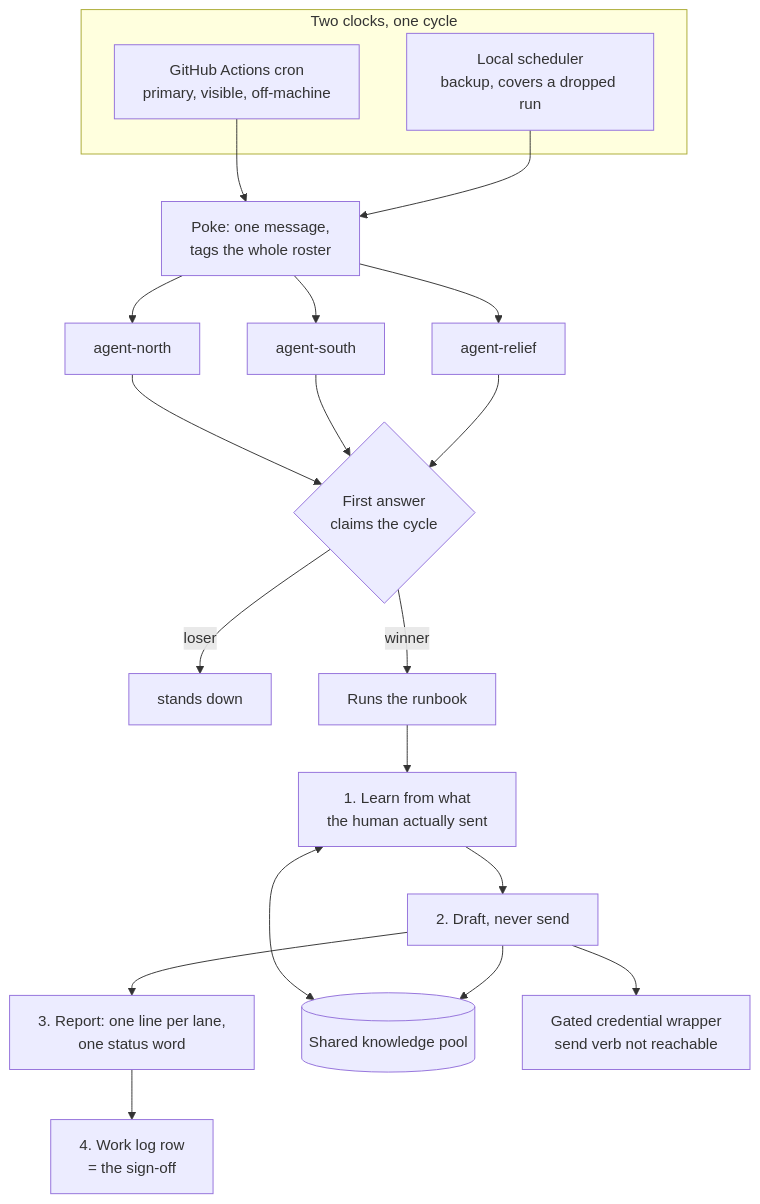
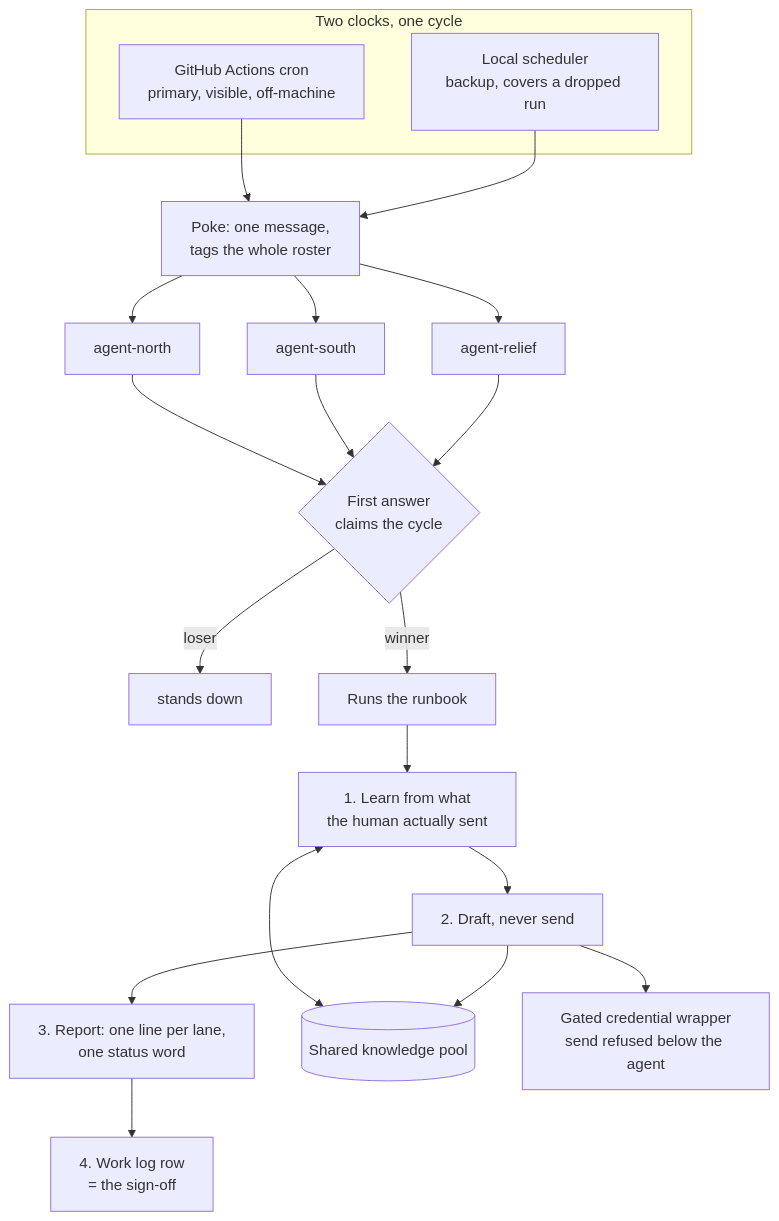
The first of 2 diagrams in README.md (joydai2026-del/agent-ops-framework), drawn with Mermaid before and after one commit. The commit also changed other lines of this file and 17 other files, not shown here.

````diff
--- a/README.md
+++ b/README.md
@@ -30,30 +30,30 @@
 ```mermaid
 flowchart TB
     subgraph clocks["Two clocks, one cycle"]
         GHA["GitHub Actions cron<br/>primary, visible, off-machine"]
         LOCAL["Local scheduler<br/>backup, covers a dropped run"]
     end
 
     GHA --> POKE["Poke: one message,<br/>tags the whole roster"]
     LOCAL --> POKE
 
     POKE --> R1["agent-north"]
     POKE --> R2["agent-south"]
     POKE --> R3["agent-relief"]
 
     R1 --> CLAIM{"First answer<br/>claims the cycle"}
     R2 --> CLAIM
     R3 --> CLAIM
 
     CLAIM -->|"loser"| STAND["stands down"]
     CLAIM -->|"winner"| RUN["Runs the runbook"]
 
     RUN --> LEARN["1. Learn from what<br/>the human actually sent"]
     LEARN --> DRAFT["2. Draft, never send"]
     DRAFT --> REPORT["3. Report: one line per lane,<br/>one status word"]
     REPORT --> LOG["4. Work log row<br/>= the sign-off"]
 
     LEARN <--> POOL[("Shared knowledge pool")]
     DRAFT --> POOL
-    DRAFT --> GATE["Gated credential wrapper<br/>send verb not reachable"]
+    DRAFT --> GATE["Gated credential wrapper<br/>send refused below the agent"]
 ```
````
